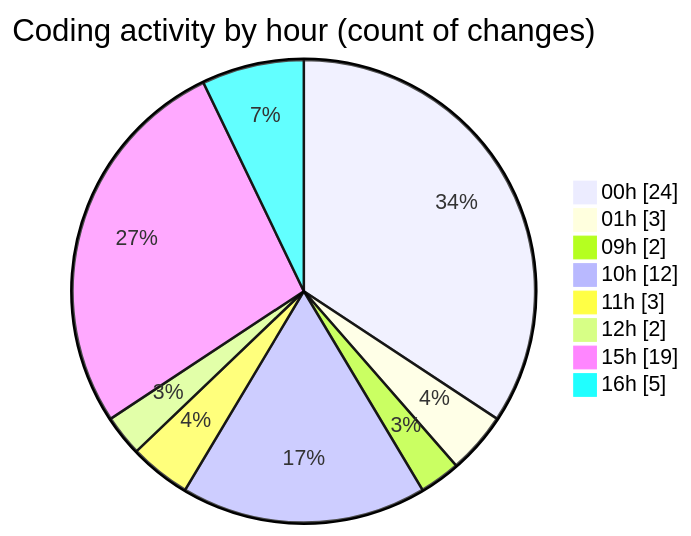
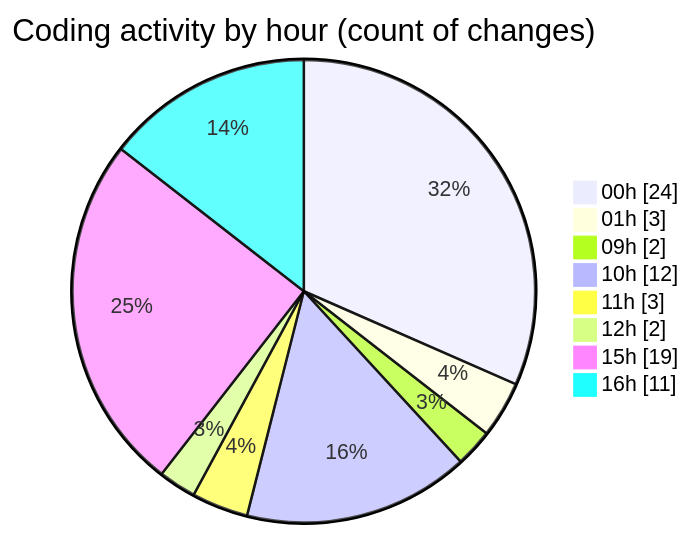
Before and after one commit to julien-gomy/code-tracking: the second of 2 diagrams in 2025-11-24/eventscop-frontend-guide__workspace_/README.md, drawn with Mermaid. The commit also changed other lines of this file and 1 other file, not shown here.

````diff
--- a/2025-11-24/eventscop-frontend-guide__workspace_/README.md
+++ b/2025-11-24/eventscop-frontend-guide__workspace_/README.md
@@ -44,12 +49,12 @@
 ```mermaid
 pie showData
 title Coding activity by hour (count of changes)
 "00h" : 24
 "01h" : 3
 "09h" : 2
 "10h" : 12
 "11h" : 3
 "12h" : 2
 "15h" : 19
-"16h" : 5
+"16h" : 11
 ```
````
